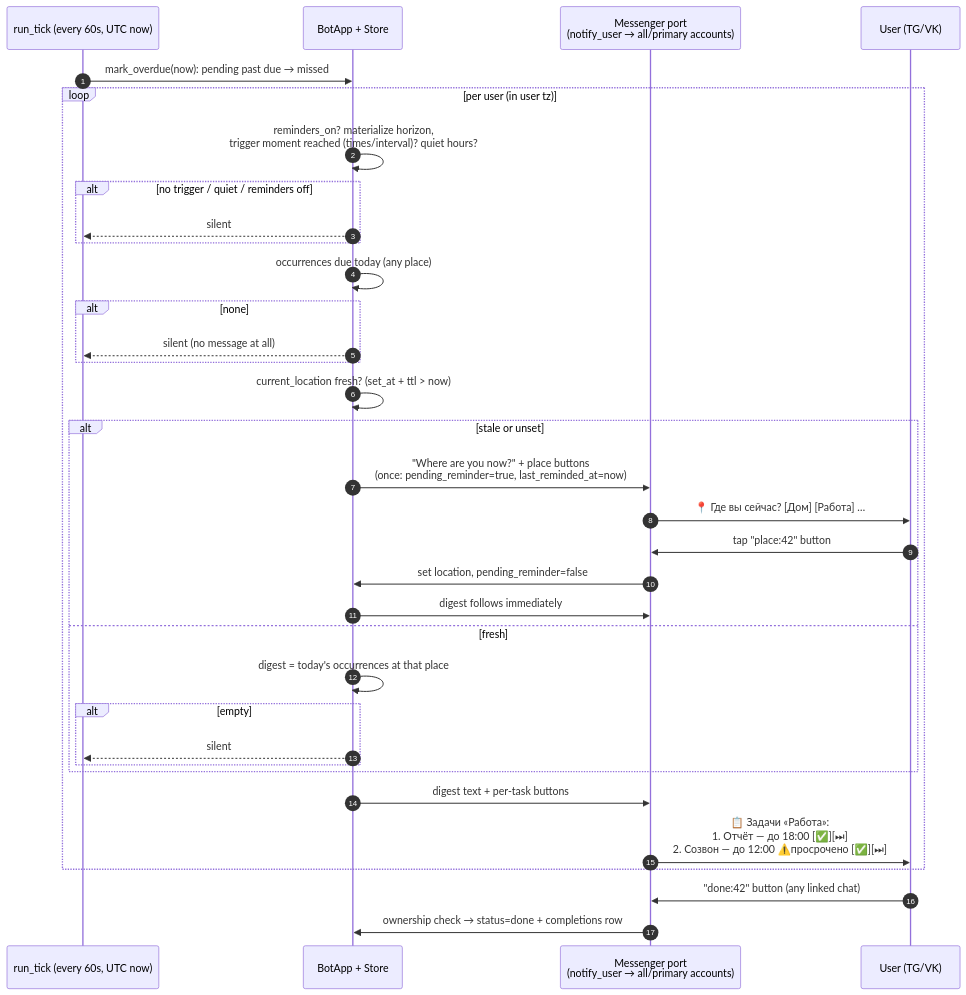
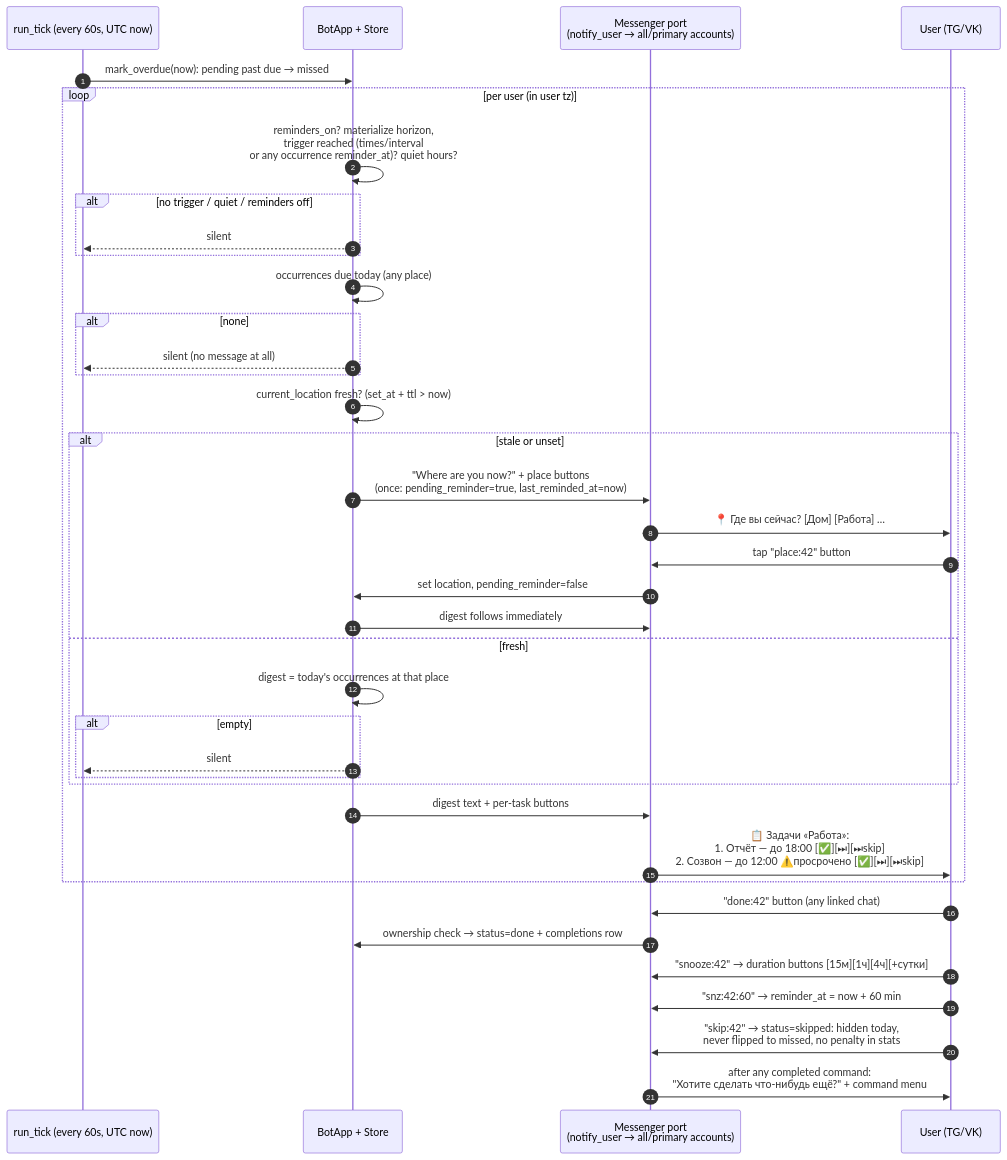
One commit to edombek/taskshed changed the diagram in docs/diagrams/reminder-flow.mmd. Above: the diagram before and after it, drawn with Mermaid. The commit also changed 13 other files, not shown here.

First line of the commit message:
feat(bot): wizard fixes + cancel button; diagrams updated to current logic

```diff
--- a/docs/diagrams/reminder-flow.mmd
+++ b/docs/diagrams/reminder-flow.mmd
@@ -1,35 +1,39 @@
 sequenceDiagram
     autonumber
     participant Sch as run_tick (every 60s, UTC now)
     participant Core as BotApp + Store
     participant Msg as Messenger port<br/>(notify_user → all/primary accounts)
     participant U as User (TG/VK)
 
     Sch->>Core: mark_overdue(now): pending past due → missed
     loop per user (in user tz)
-        Core->>Core: reminders_on? materialize horizon,<br/>trigger moment reached (times/interval)? quiet hours?
+        Core->>Core: reminders_on? materialize horizon,<br/>trigger reached (times/interval<br/>or any occurrence reminder_at)? quiet hours?
         alt no trigger / quiet / reminders off
             Core-->>Sch: silent
         end
         Core->>Core: occurrences due today (any place)
         alt none
             Core-->>Sch: silent (no message at all)
         end
         Core->>Core: current_location fresh? (set_at + ttl > now)
         alt stale or unset
             Core->>Msg: "Where are you now?" + place buttons<br/>(once: pending_reminder=true, last_reminded_at=now)
             Msg->>U: 📍 Где вы сейчас? [Дом] [Работа] …
             U->>Msg: tap "place:42" button
             Msg->>Core: set location, pending_reminder=false
             Core->>Msg: digest follows immediately
         else fresh
             Core->>Core: digest = today's occurrences at that place
             alt empty
                 Core-->>Sch: silent
             end
         end
         Core->>Msg: digest text + per-task buttons
-        Msg->>U: 📋 Задачи «Работа»:<br/>1. Отчёт — до 18:00 [✅][⏭]<br/>2. Созвон — до 12:00 ⚠️просрочено [✅][⏭]
+        Msg->>U: 📋 Задачи «Работа»:<br/>1. Отчёт — до 18:00 [✅][⏭][⏭skip]<br/>2. Созвон — до 12:00 ⚠️просрочено [✅][⏭][⏭skip]
     end
     U->>Msg: "done:42" button (any linked chat)
     Msg->>Core: ownership check → status=done + completions row
+    U->>Msg: "snooze:42" → duration buttons [15м][1ч][4ч][+сутки]
+    U->>Msg: "snz:42:60" → reminder_at = now + 60 min
+    U->>Msg: "skip:42" → status=skipped: hidden today,<br/>never flipped to missed, no penalty in stats
+    Msg->>U: after any completed command:<br/>"Хотите сделать что-нибудь ещё?" + command menu
```
